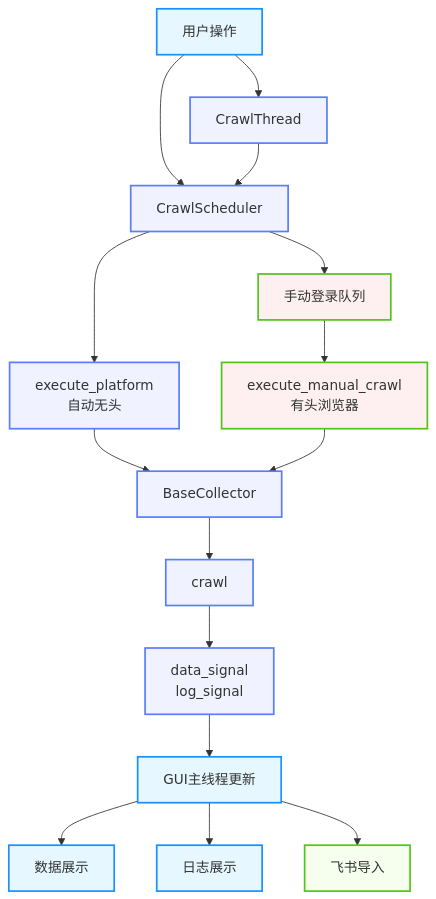
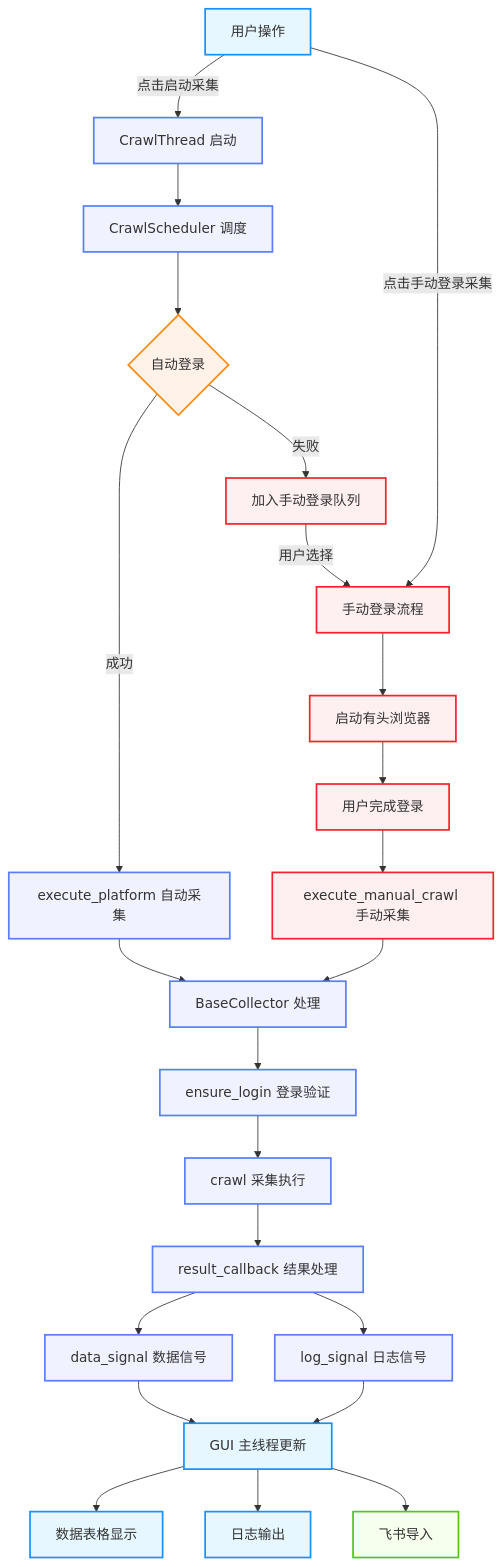
Before and after one commit to JakeFan-2/multi-platform-content-crawler: the third of 4 diagrams in multi_platform_crawler/docs/README.md, drawn with Mermaid. The commit also changed other lines of this file, not shown here.

Commit message:
feat: 重新设计架构图，使用清晰的树状结构并添加模块介绍

````diff
--- a/multi_platform_crawler/docs/README.md
+++ b/multi_platform_crawler/docs/README.md
@@ -143,31 +178,50 @@
 ```mermaid
-flowchart TD
-    A[用户操作] --> B[CrawlThread]
-    A --> C[CrawlScheduler]
-    B --> C
-    C --> D[execute_platform<br/>自动无头]
-    C --> E[手动登录队列]
-    E --> F[execute_manual_crawl<br/>有头浏览器]
-    D --> G[BaseCollector]
-    F --> G
-    G --> H[crawl]
-    H --> I[data_signal<br/>log_signal]
-    I --> J[GUI主线程更新]
-    J --> K[数据展示]
-    J --> L[日志展示]
-    J --> M[飞书导入]
+graph TD
+    A[用户操作] -->|点击启动采集| B[CrawlThread 启动]
+    A -->|点击手动登录采集| C[手动登录流程]
+    
+    B --> D[CrawlScheduler 调度]
+    D --> E{自动登录}
+    E -->|成功| F[execute_platform 自动采集]
+    E -->|失败| G[加入手动登录队列]
+    
+    G -->|用户选择| C
+    C --> H[启动有头浏览器]
+    H --> I[用户完成登录]
+    I --> J[execute_manual_crawl 手动采集]
+    
+    F --> K[BaseCollector 处理]
+    J --> K
+    K --> L[ensure_login 登录验证]
+    L --> M[crawl 采集执行]
+    M --> N[result_callback 结果处理]
+    
+    N --> O[data_signal 数据信号]
+    N --> P[log_signal 日志信号]
+    O --> Q[GUI 主线程更新]
+    P --> Q
+    Q --> R[数据表格显示]
+    Q --> S[日志输出]
+    Q --> T[飞书导入]
 
     style A fill:#e6f7ff,stroke:#1890ff,stroke-width:2px
     style B fill:#f0f2ff,stroke:#597ef7,stroke-width:2px
-    style C fill:#f0f2ff,stroke:#597ef7,stroke-width:2px
+    style C fill:#fef0f0,stroke:#f5222d,stroke-width:2px
     style D fill:#f0f2ff,stroke:#597ef7,stroke-width:2px
-    style E fill:#fef0f0,stroke:#52c41a,stroke-width:2px
-    style F fill:#fef0f0,stroke:#52c41a,stroke-width:2px
-    style G fill:#f0f2ff,stroke:#597ef7,stroke-width:2px
-    style H fill:#f0f2ff,stroke:#597ef7,stroke-width:2px
-    style I fill:#f0f2ff,stroke:#597ef7,stroke-width:2px
-    style J fill:#e6f7ff,stroke:#1890ff,stroke-width:2px
-    style K fill:#e6f7ff,stroke:#1890ff,stroke-width:2px
-    style L fill:#e6f7ff,stroke:#1890ff,stroke-width:2px
-    style M fill:#f6ffed,stroke:#52c41a,stroke-width:2px
+    style E fill:#fff2e8,stroke:#fa8c16,stroke-width:2px
+    style F fill:#f0f2ff,stroke:#597ef7,stroke-width:2px
+    style G fill:#fef0f0,stroke:#f5222d,stroke-width:2px
+    style H fill:#fef0f0,stroke:#f5222d,stroke-width:2px
+    style I fill:#fef0f0,stroke:#f5222d,stroke-width:2px
+    style J fill:#fef0f0,stroke:#f5222d,stroke-width:2px
+    style K fill:#f0f2ff,stroke:#597ef7,stroke-width:2px
+    style L fill:#f0f2ff,stroke:#597ef7,stroke-width:2px
+    style M fill:#f0f2ff,stroke:#597ef7,stroke-width:2px
+    style N fill:#f0f2ff,stroke:#597ef7,stroke-width:2px
+    style O fill:#f0f2ff,stroke:#597ef7,stroke-width:2px
+    style P fill:#f0f2ff,stroke:#597ef7,stroke-width:2px
+    style Q fill:#e6f7ff,stroke:#1890ff,stroke-width:2px
+    style R fill:#e6f7ff,stroke:#1890ff,stroke-width:2px
+    style S fill:#e6f7ff,stroke:#1890ff,stroke-width:2px
+    style T fill:#f6ffed,stroke:#52c41a,stroke-width:2px
 ```
````
